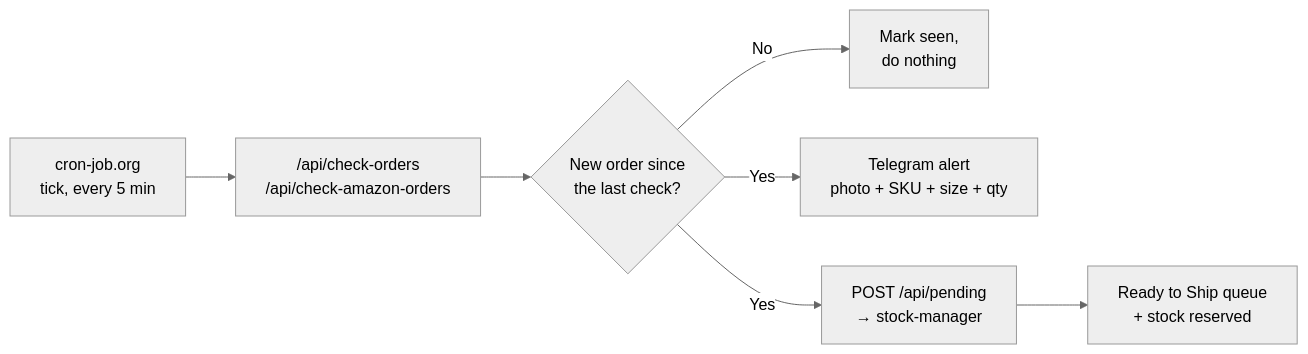
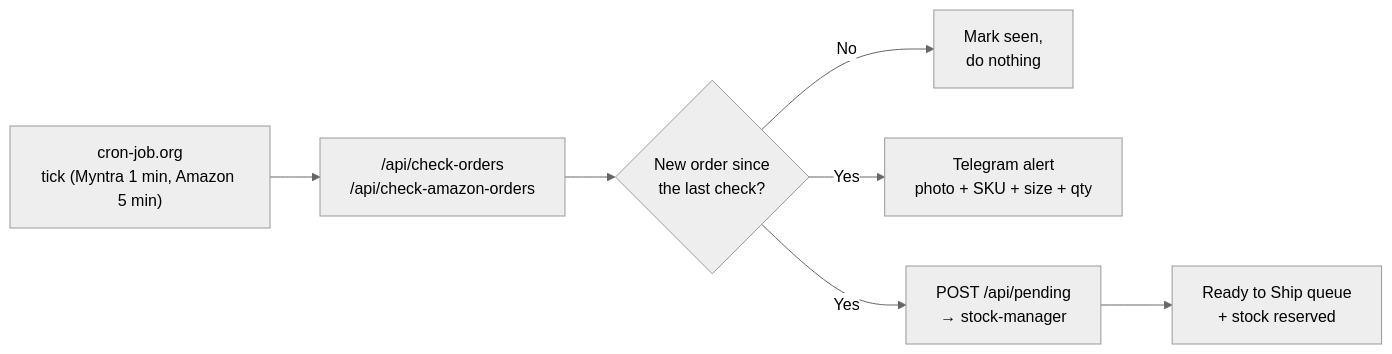
The second of 6 diagrams in ARCHITECTURE.md (gauravjain231120/stock-manager), drawn with Mermaid (neutral theme) before and after one commit. The commit also changed other lines of this file, not shown here.

Commit message:
Docs: sync ARCHITECTURE.md (cron schedule)

````diff
--- a/ARCHITECTURE.md
+++ b/ARCHITECTURE.md
@@ -73,9 +73,9 @@
 ```mermaid
 flowchart LR
-  A["cron-job.org<br/>tick, every 5 min"] --> B["/api/check-orders<br/>/api/check-amazon-orders"]
+  A["cron-job.org<br/>tick (Myntra 1 min, Amazon 5 min)"] --> B["/api/check-orders<br/>/api/check-amazon-orders"]
   B --> C{"New order since<br/>the last check?"}
   C -- "No" --> D["Mark seen,<br/>do nothing"]
   C -- "Yes" --> E["Telegram alert<br/>photo + SKU + size + qty"]
   C -- "Yes" --> F["POST /api/pending<br/>&rarr; stock-manager"]
   F --> G["Ready to Ship queue<br/>+ stock reserved"]
 ```
````
